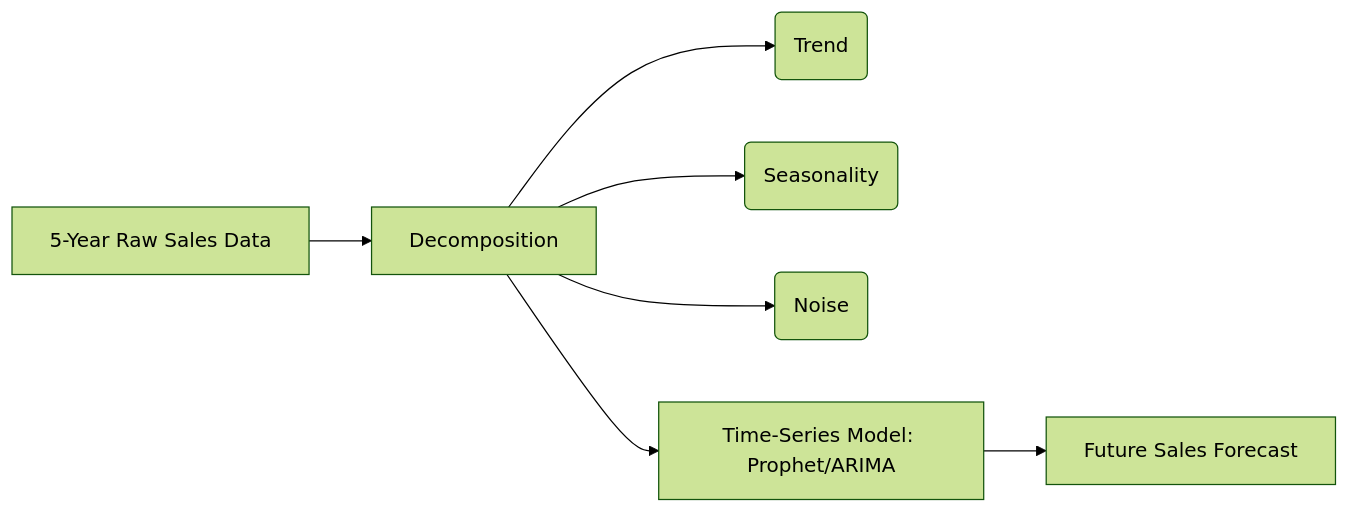
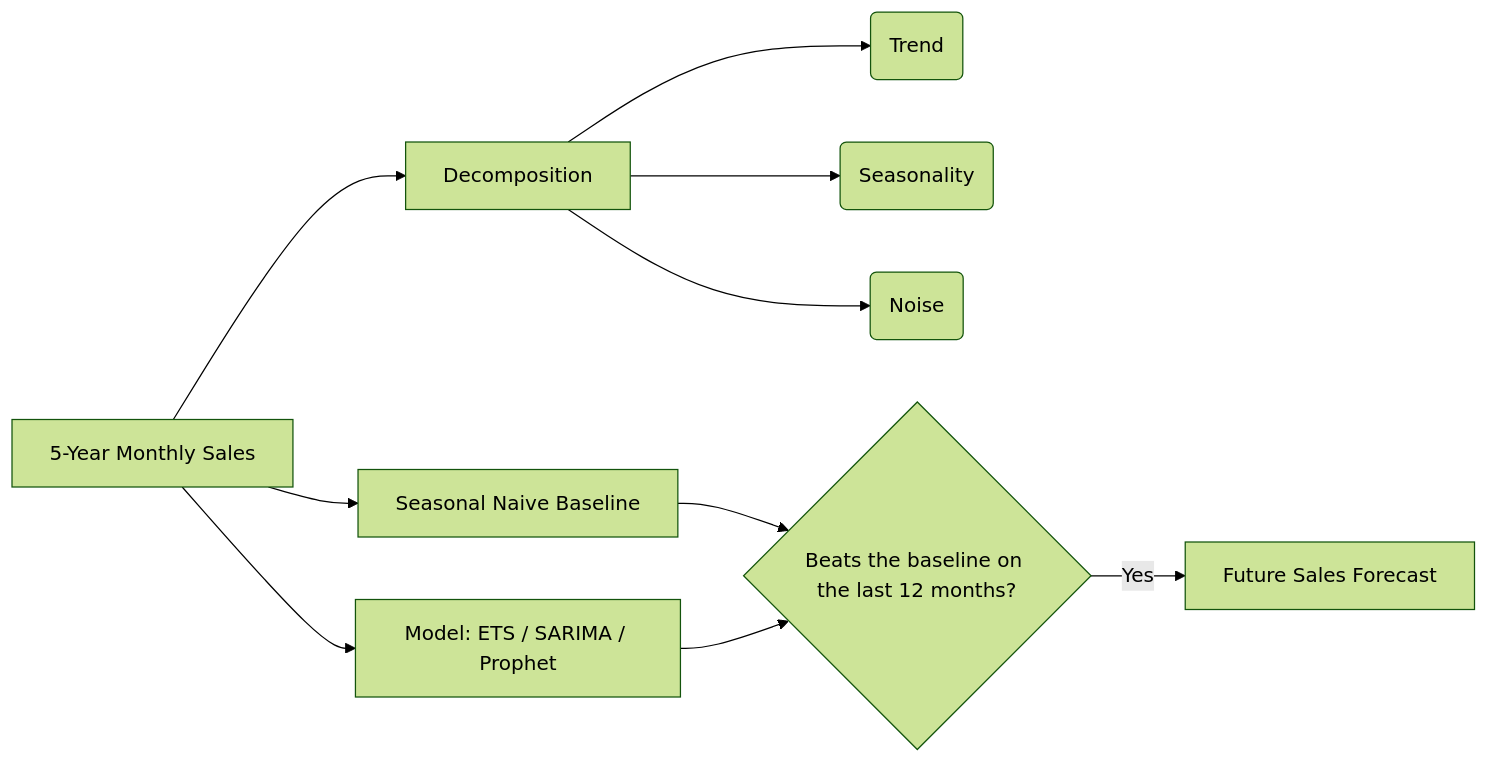
Diagram 12 of 20 in 04_data_science/DATA_SCIENCE_ANSWERS.md (Web3Dev300/ai-journey), drawn with Mermaid (forest theme) before and after one commit. The commit also changed other lines of this file and 10 other files, not shown here.

````diff
--- a/04_data_science/DATA_SCIENCE_ANSWERS.md
+++ b/04_data_science/DATA_SCIENCE_ANSWERS.md
@@ -625,9 +914,12 @@
 ```mermaid
 flowchart LR
-    A[5-Year Raw Sales Data] --> B[Decomposition]
+    A[5-Year Monthly Sales] --> B[Decomposition]
     B --> C(Trend)
     B --> D(Seasonality)
     B --> E(Noise)
-    B --> F[Time-Series Model: Prophet/ARIMA]
-    F --> G[Future Sales Forecast]
+    A --> F[Seasonal Naive Baseline]
+    A --> G["Model: ETS / SARIMA / Prophet"]
+    F --> H{"Beats the baseline on the last 12 months?"}
+    G --> H
+    H -->|Yes| I[Future Sales Forecast]
 ```
````
